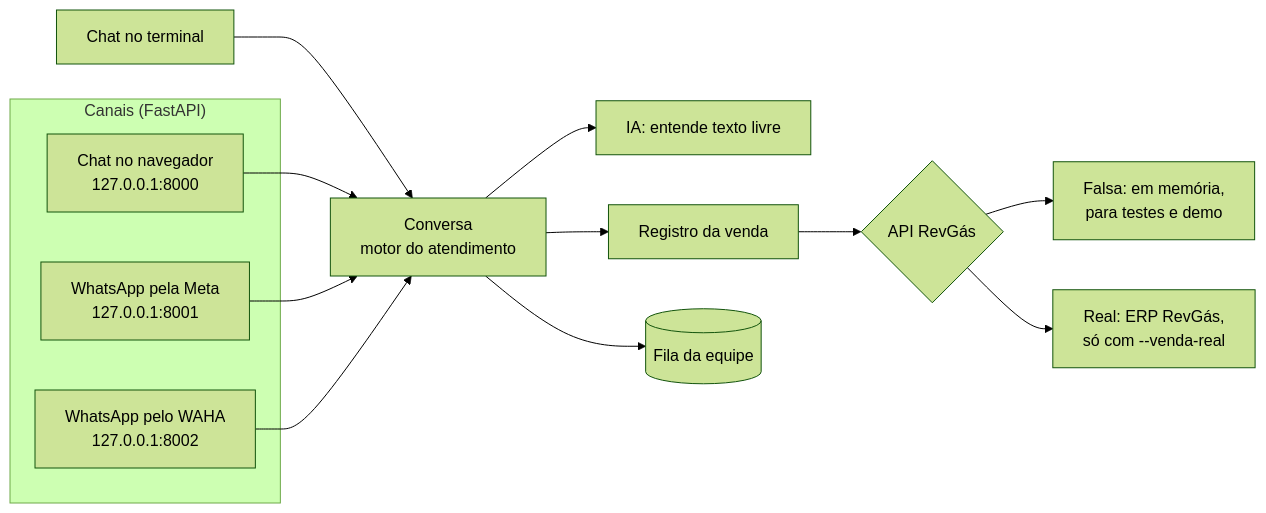
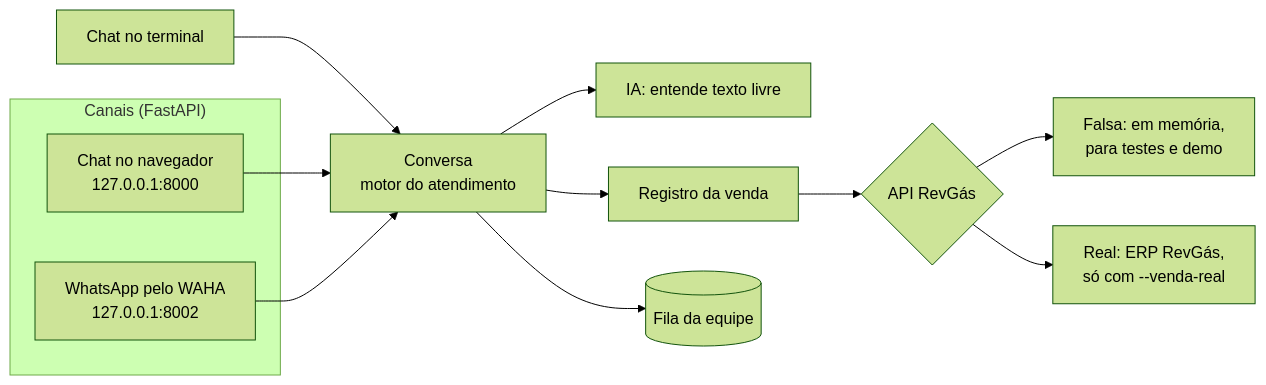
One commit to DEVsavin/ChatBot---RevGas changed the second of 2 diagrams in README.md. Above: the diagram before and after it, drawn with Mermaid (forest theme). The commit also changed other lines of this file and 10 other files, not shown here.

Commit message:
Remoção do canal do WhatsApp pela Meta

````diff
--- a/README.md
+++ b/README.md
@@ -107,18 +106,16 @@
 ```mermaid
 flowchart LR
     subgraph Canais["Canais (FastAPI)"]
         W[Chat no navegador<br/>127.0.0.1:8000]
-        M[WhatsApp pela Meta<br/>127.0.0.1:8001]
         H[WhatsApp pelo WAHA<br/>127.0.0.1:8002]
     end
     T[Chat no terminal] --> C
     W --> C
-    M --> C
     H --> C
     C[Conversa<br/>motor do atendimento] --> I[IA: entende texto livre]
     C --> R[Registro da venda]
     C --> F[(Fila da equipe)]
     R --> A{API RevGás}
     A --> AF[Falsa: em memória,<br/>para testes e demo]
     A --> AR[Real: ERP RevGás,<br/>só com --venda-real]
 ```
````
